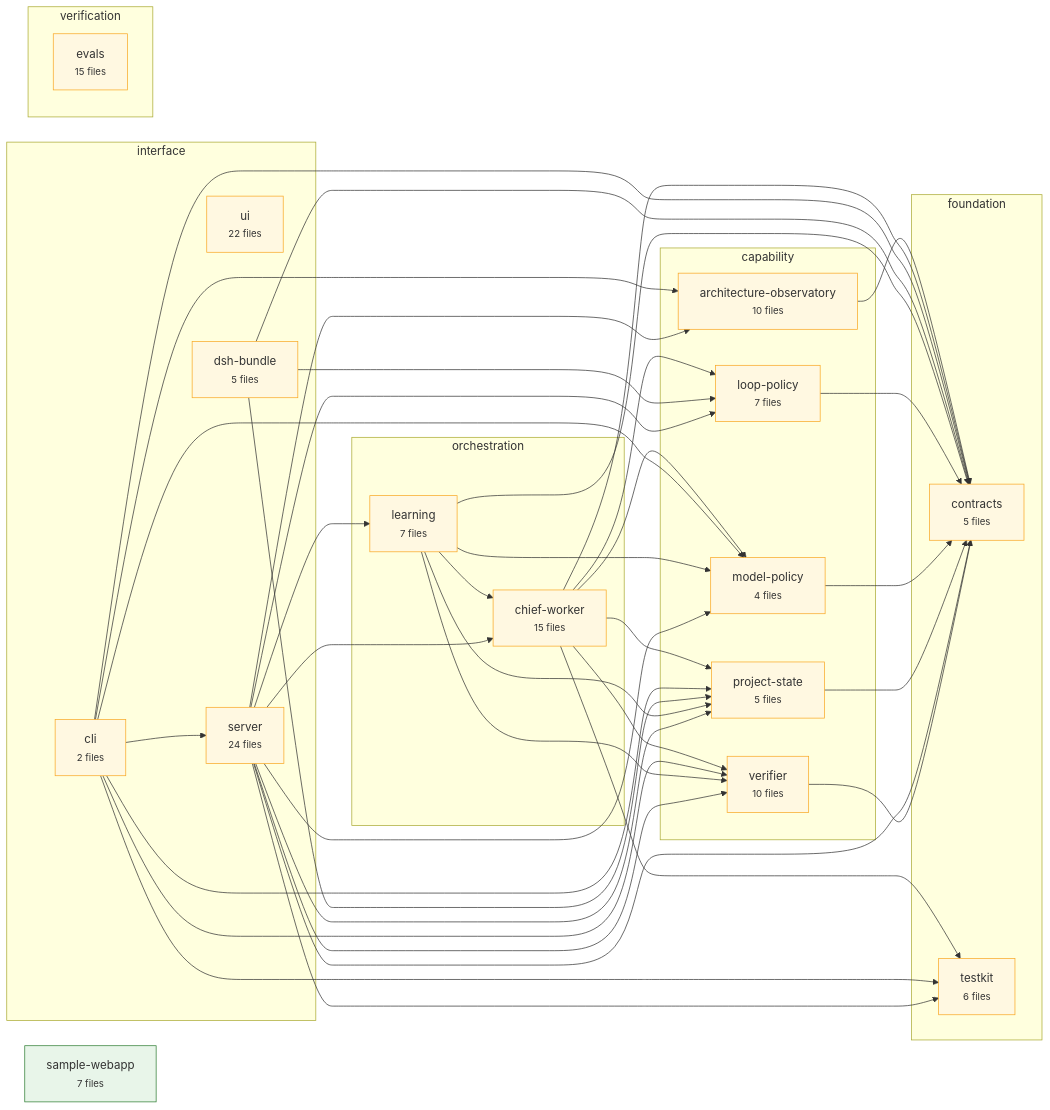
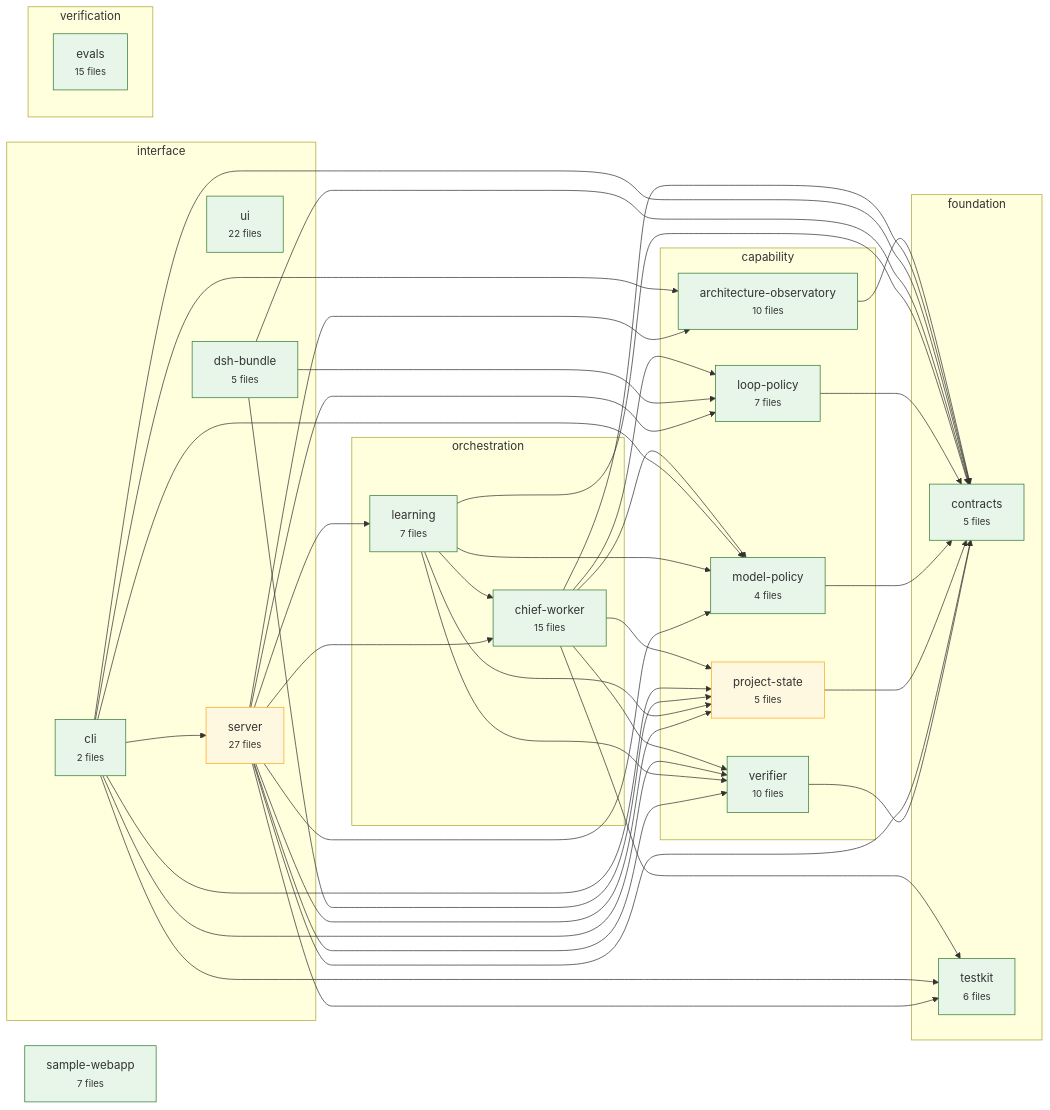
The diagram in .architecture/graph.mmd (CharAzinabulu0079/dgx-super-agent), drawn with Mermaid before and after one commit. The commit also changed 13 other files, not shown here.

```diff
--- a/.architecture/graph.mmd
+++ b/.architecture/graph.mmd
@@ -1,81 +1,81 @@
 flowchart LR
   subgraph layer_foundation["foundation"]
     contracts["contracts<br/><small>5 files</small>"]
     testkit["testkit<br/><small>6 files</small>"]
   end
   subgraph layer_capability["capability"]
     project_state["project-state<br/><small>5 files</small>"]
     verifier["verifier<br/><small>10 files</small>"]
     loop_policy["loop-policy<br/><small>7 files</small>"]
     model_policy["model-policy<br/><small>4 files</small>"]
     architecture_observatory["architecture-observatory<br/><small>10 files</small>"]
   end
   subgraph layer_orchestration["orchestration"]
     learning["learning<br/><small>7 files</small>"]
     chief_worker["chief-worker<br/><small>15 files</small>"]
   end
   subgraph layer_interface["interface"]
-    server["server<br/><small>24 files</small>"]
+    server["server<br/><small>27 files</small>"]
     cli["cli<br/><small>2 files</small>"]
     ui["ui<br/><small>22 files</small>"]
     dsh_bundle["dsh-bundle<br/><small>5 files</small>"]
   end
   subgraph layer_verification["verification"]
     evals["evals<br/><small>15 files</small>"]
   end
   sample_webapp["sample-webapp<br/><small>7 files</small>"]
   architecture_observatory --> contracts
   chief_worker --> contracts
   chief_worker --> loop_policy
   chief_worker --> model_policy
   chief_worker --> project_state
   chief_worker --> testkit
   chief_worker --> verifier
   cli --> architecture_observatory
   cli --> contracts
   cli --> model_policy
   cli --> project_state
   cli --> server
   cli --> testkit
   cli --> verifier
   dsh_bundle --> contracts
   dsh_bundle --> loop_policy
   dsh_bundle --> project_state
   learning --> chief_worker
   learning --> contracts
   learning --> model_policy
   learning --> project_state
   learning --> verifier
   loop_policy --> contracts
   model_policy --> contracts
   project_state --> contracts
   server --> architecture_observatory
   server --> chief_worker
   server --> contracts
   server --> learning
   server --> loop_policy
   server --> model_policy
   server --> project_state
   server --> testkit
   server --> verifier
   verifier --> contracts
   classDef stable fill:#e8f5e9,stroke:#2e7d32
   classDef changing fill:#fff8e1,stroke:#f9a825
   classDef worker_active fill:#e3f2fd,stroke:#1565c0
   classDef gate_failed fill:#ffebee,stroke:#c62828
   classDef protected stroke:#6a1b9a,stroke-width:3px
-  class contracts changing
-  class testkit changing
+  class contracts stable
+  class testkit stable
   class project_state changing
-  class verifier changing
-  class loop_policy changing
-  class model_policy changing
-  class architecture_observatory changing
-  class learning changing
-  class chief_worker changing
+  class verifier stable
+  class loop_policy stable
+  class model_policy stable
+  class architecture_observatory stable
+  class learning stable
+  class chief_worker stable
   class server changing
-  class cli changing
-  class ui changing
-  class dsh_bundle changing
-  class evals changing
+  class cli stable
+  class ui stable
+  class dsh_bundle stable
+  class evals stable
   class sample_webapp stable
```
